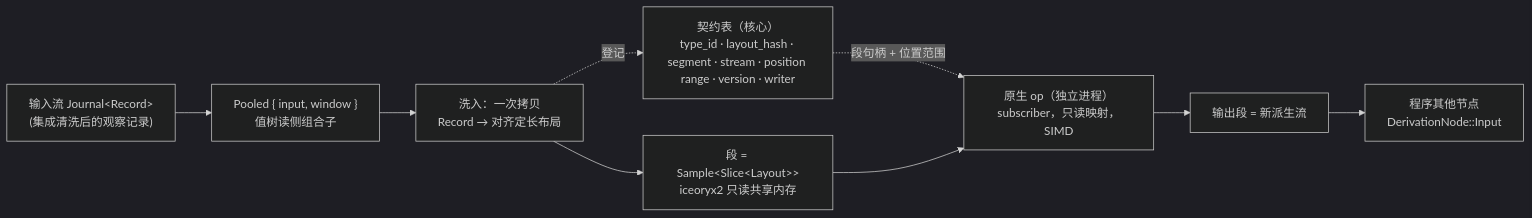
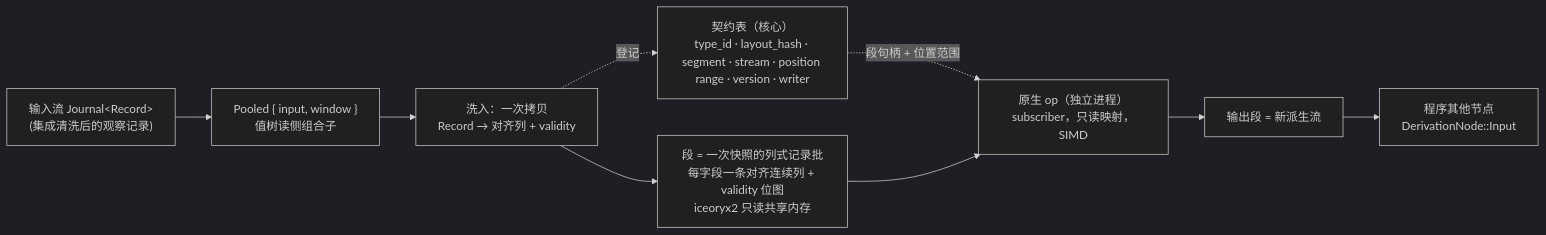
One commit to mouriya-s-lab/OpenAlice changed the diagram in plans/uta-refactor/design/hpc-derivation-subsystem.md. Above: the diagram before and after it, drawn with Mermaid (dark theme). The commit also changed other lines of this file and 4 other files, not shown here.

````diff
--- a/plans/uta-refactor/design/hpc-derivation-subsystem.md
+++ b/plans/uta-refactor/design/hpc-derivation-subsystem.md
@@ -11,15 +11,15 @@
 ```mermaid
 flowchart LR
   IN["输入流 Journal&lt;Record&gt;<br/>(集成清洗后的观察记录)"]
   POOLED["Pooled { input, window }<br/>值树读侧组合子"]
-  WASH["洗入：一次拷贝<br/>Record → 对齐定长布局"]
-  SEG["段 = Sample&lt;Slice&lt;Layout&gt;&gt;<br/>iceoryx2 只读共享内存"]
+  WASH["洗入：一次拷贝<br/>Record → 对齐列 + validity"]
+  SEG["段 = 一次快照的列式记录批<br/>每字段一条对齐连续列 + validity 位图<br/>iceoryx2 只读共享内存"]
   TBL["契约表（核心）<br/>type_id · layout_hash · segment · stream · position range · version · writer"]
   OP["原生 op（独立进程）<br/>subscriber，只读映射，SIMD"]
   OUT["输出段 = 新派生流"]
   PROG["程序其他节点<br/>DerivationNode::Input"]
   IN --> POOLED --> WASH --> SEG
   WASH -.登记.-> TBL
   TBL -.段句柄 + 位置范围.-> OP
   SEG --> OP --> OUT --> PROG
 ```
````
